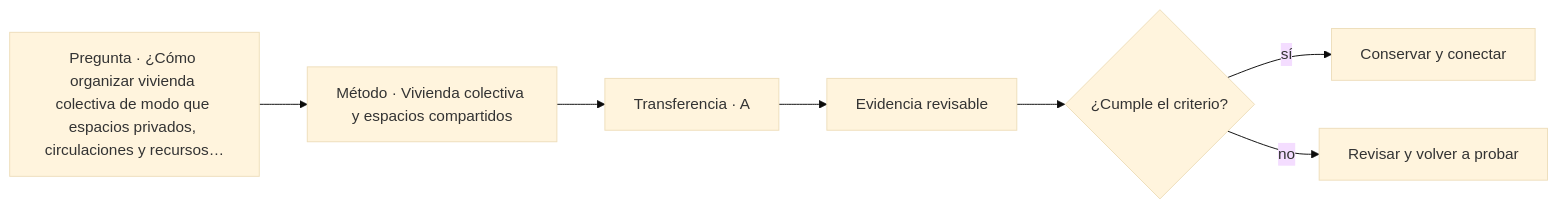
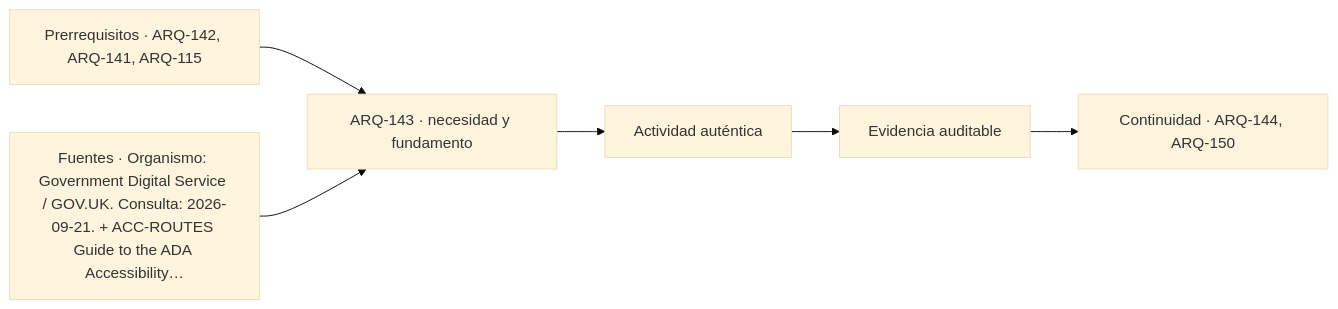
Before and after one commit to vladimiracunadev-create/architecture-built-environment-learning-program: the diagram in classes/parte-15/ARQ-143.md, drawn with Mermaid (base theme). The commit also changed other lines of this file and 761 other files, not shown here.

````diff
--- a/classes/parte-15/ARQ-143.md
+++ b/classes/parte-15/ARQ-143.md
@@ -108,9 +120,8 @@
 ```mermaid
 flowchart LR
-    Q["Pregunta · ¿Cómo organizar vivienda colectiva de modo que espacios privados, circulaciones y recursos…"] --> M["Método · Vivienda colectiva y espacios compartidos"]
-    M --> P["Transferencia · A"]
-    P --> E["Evidencia revisable"]
-    E --> C{"¿Cumple el criterio?"}
-    C -->|sí| T["Conservar y conectar"]
-    C -->|no| R["Revisar y volver a probar"]
+    A["Prerrequisitos · ARQ-142, ARQ-141, ARQ-115"] --> B["ARQ-143 · necesidad y fundamento"]
+    S["Fuentes · Organismo: Government Digital Service / GOV.UK. Consulta: 2026-09-21. + ACC-ROUTES Guide to the ADA Accessibility…"] --> B
+    B --> C["Actividad auténtica"]
+    C --> D["Evidencia auditable"]
+    D --> E["Continuidad · ARQ-144, ARQ-150"]
 ```
````
